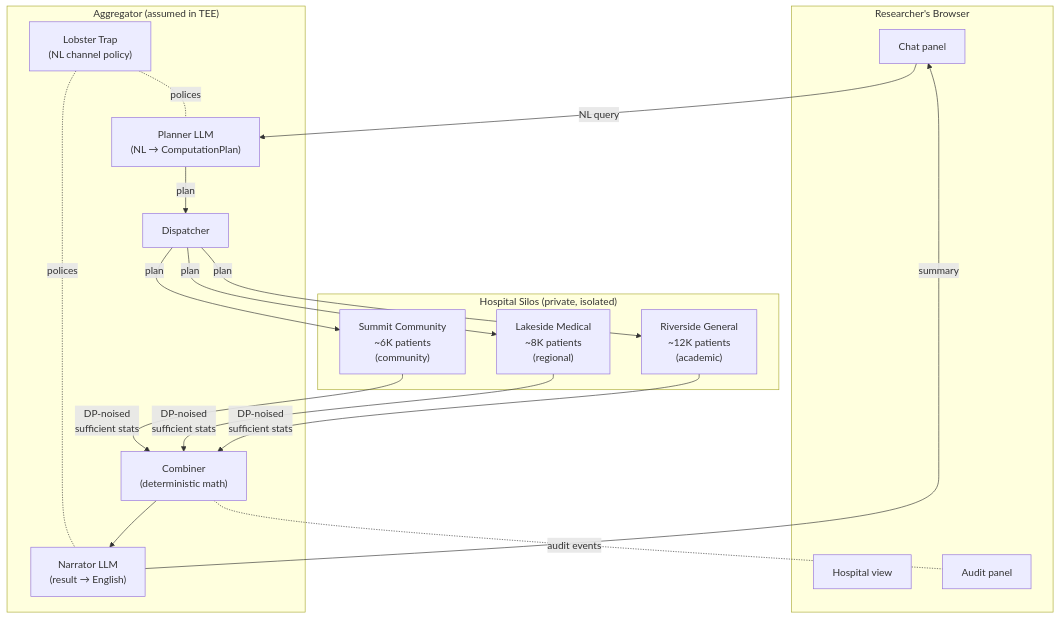
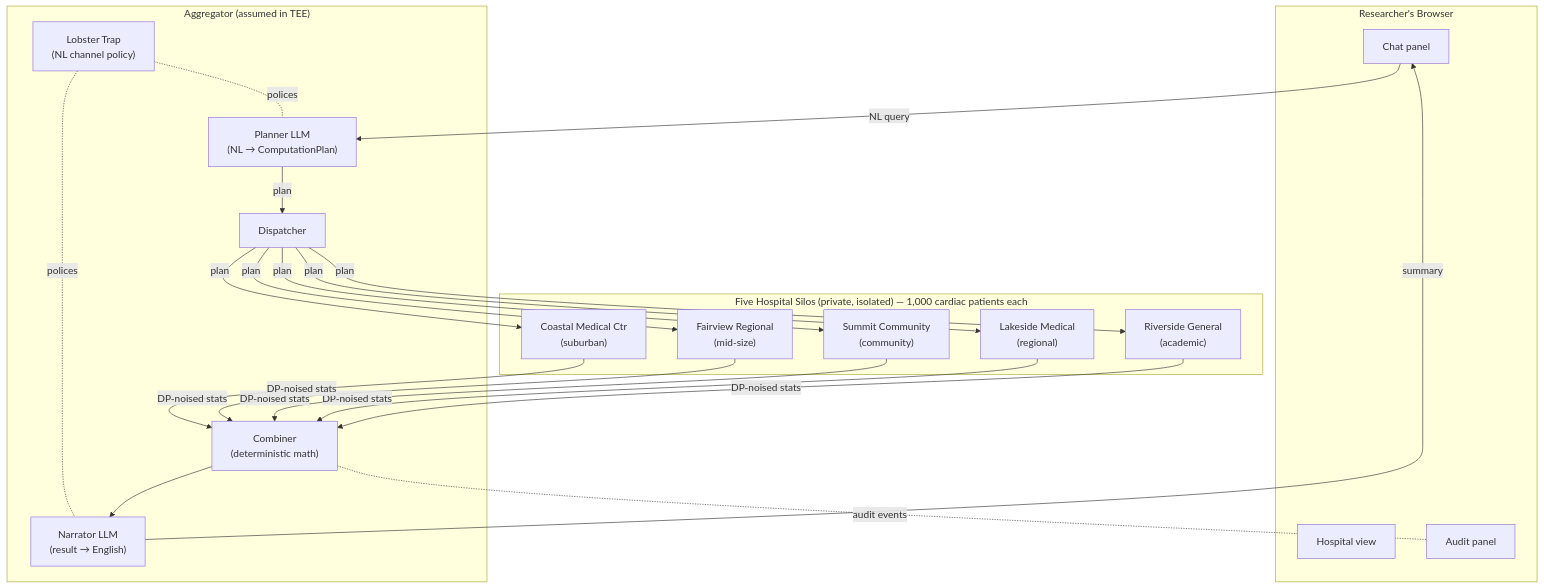
The first of 4 diagrams in README.md (Airwhale/federated_silo_agent), drawn with Mermaid before and after one commit. The commit also changed other lines of this file and 3 other files, not shown here.

````diff
--- a/README.md
+++ b/README.md
@@ -99,36 +99,42 @@
 ```mermaid
 flowchart TB
     subgraph Browser["Researcher's Browser"]
         Chat["Chat panel"]
         Hosp["Hospital view"]
         Aud["Audit panel"]
     end
 
     subgraph TEE["Aggregator (assumed in TEE)"]
         Planner["Planner LLM<br/>(NL → ComputationPlan)"]
         Disp["Dispatcher"]
         Comb["Combiner<br/>(deterministic math)"]
         Narr["Narrator LLM<br/>(result → English)"]
         LT_A["Lobster Trap<br/>(NL channel policy)"]
     end
 
-    subgraph Silos["Hospital Silos (private, isolated)"]
-        S1["Riverside General<br/>~12K patients<br/>(academic)"]
-        S2["Lakeside Medical<br/>~8K patients<br/>(regional)"]
-        S3["Summit Community<br/>~6K patients<br/>(community)"]
+    subgraph Silos["Five Hospital Silos (private, isolated) — 1,000 cardiac patients each"]
+        S1["Riverside General<br/>(academic)"]
+        S2["Lakeside Medical<br/>(regional)"]
+        S3["Summit Community<br/>(community)"]
+        S4["Fairview Regional<br/>(mid-size)"]
+        S5["Coastal Medical Ctr<br/>(suburban)"]
     end
 
     Chat -->|NL query| Planner
     Planner -->|plan| Disp
     Disp -->|plan| S1
     Disp -->|plan| S2
     Disp -->|plan| S3
-    S1 -->|DP-noised<br/>sufficient stats| Comb
-    S2 -->|DP-noised<br/>sufficient stats| Comb
-    S3 -->|DP-noised<br/>sufficient stats| Comb
+    Disp -->|plan| S4
+    Disp -->|plan| S5
+    S1 -->|DP-noised stats| Comb
+    S2 -->|DP-noised stats| Comb
+    S3 -->|DP-noised stats| Comb
+    S4 -->|DP-noised stats| Comb
+    S5 -->|DP-noised stats| Comb
     Comb --> Narr
     Narr -->|summary| Chat
     LT_A -.polices.- Planner
     LT_A -.polices.- Narr
     Comb -.audit events.- Aud
 ```
````
